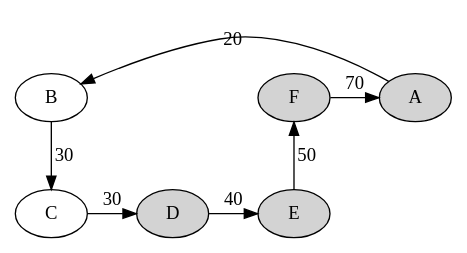
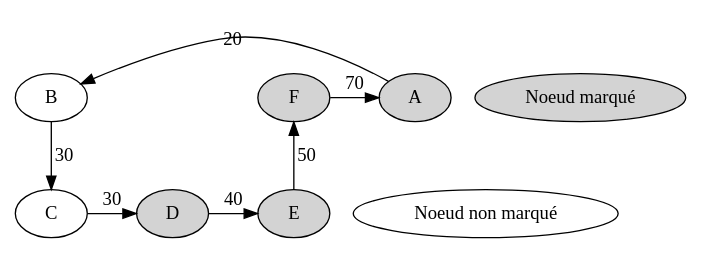
One commit to C4ptainCrunch/info-f-203 changed the diagram in rapport/whyTagSimpl.dot. Above: the diagram before and after it, drawn with Graphviz.

Commit message:
légende

```diff
--- a/rapport/whyTagSimpl.dot
+++ b/rapport/whyTagSimpl.dot
@@ -1,16 +1,18 @@
 digraph cercle {
     B
     C
+    "Noeud marqué" [style=filled]
+    "Noeud non marqué"
     A[style=filled]
     F[style=filled]
     D[style=filled]
     E[style=filled]
     A -> B [constraint=false label="20"]
     B -> C [label="30"]
     C -> D [label="30"]
     D -> E [label="40"]
     E -> F [label="50"]
     F -> A [constraint=false label="70"]
-    { rank=same; B A F }
-    { rank=same; C D E }
+    { rank=same; B A F "Noeud marqué" }
+    { rank=same; C D E "Noeud non marqué" }
 }
```
